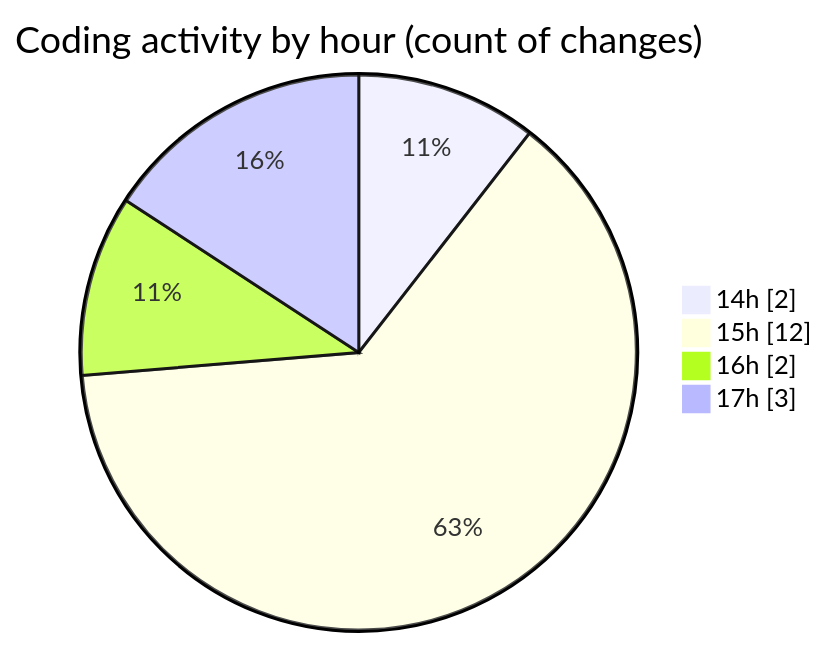
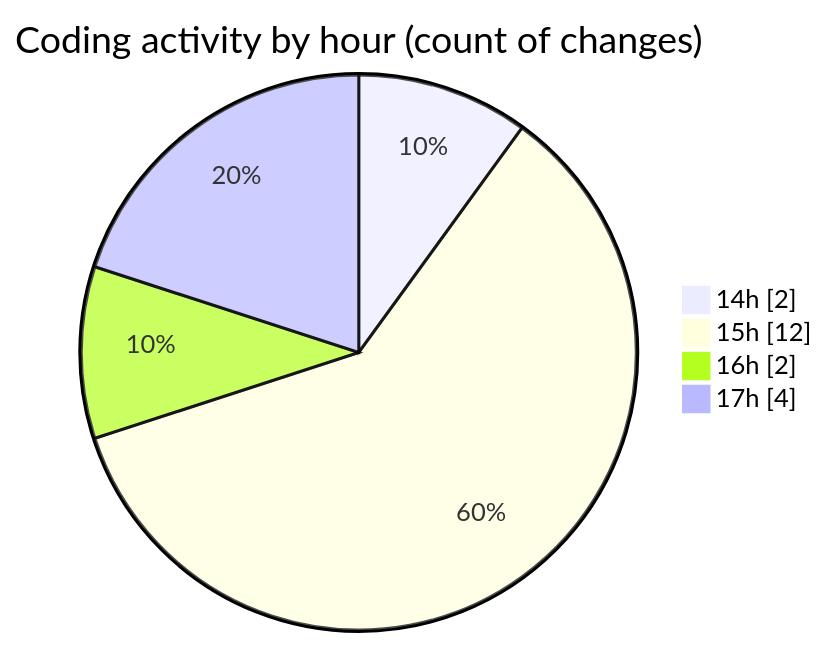
Before and after one commit to ricardozamudiocil/code-tracking: the second of 2 diagrams in 2026-09-30/cilreports__workspace_/README.md, drawn with Mermaid. The commit also changed other lines of this file and 1 other file, not shown here.

````diff
--- a/2026-09-30/cilreports__workspace_/README.md
+++ b/2026-09-30/cilreports__workspace_/README.md
@@ -33,8 +34,8 @@
 ```mermaid
 pie showData
 title Coding activity by hour (count of changes)
 "14h" : 2
 "15h" : 12
 "16h" : 2
-"17h" : 3
+"17h" : 4
 ```
````
